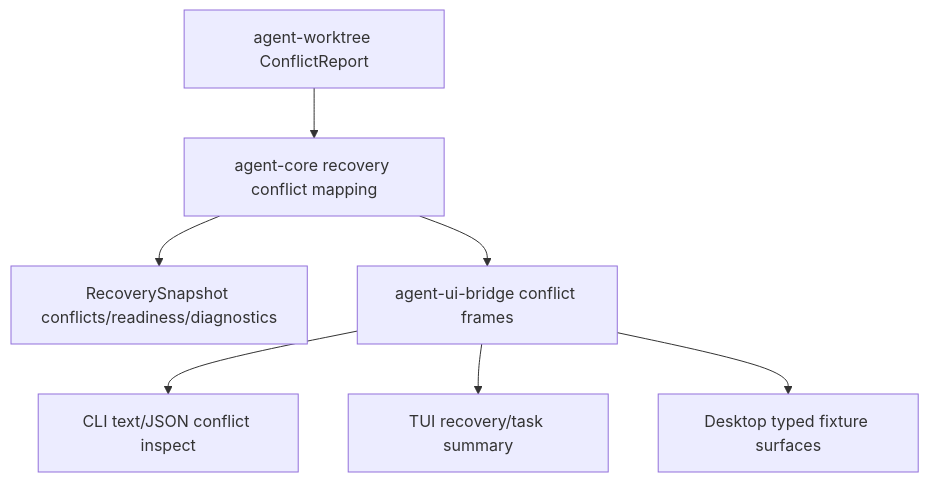
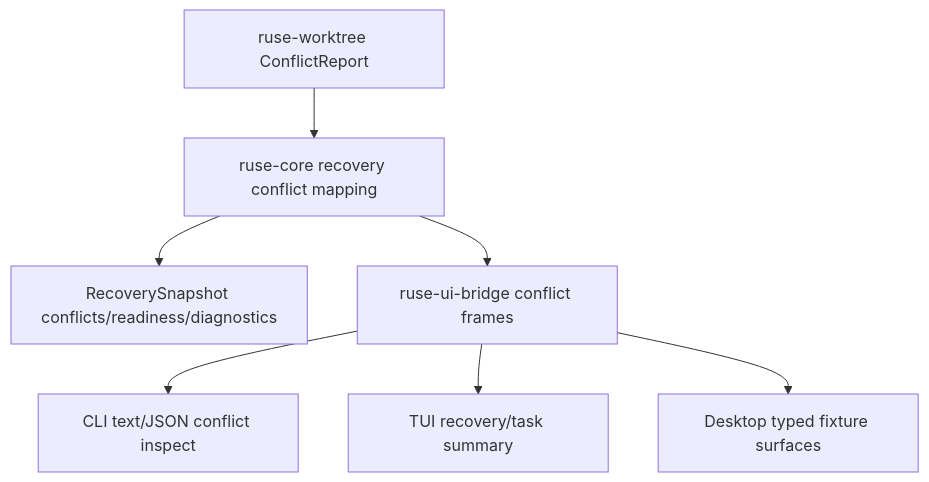
Before and after one commit to poneding/agent: the diagram in docs/specs/M62-04-conflict-diagnostics.spec.md, drawn with Mermaid. The commit also changed other lines of this file and 2091 other files, not shown here.

First line of the commit message:
refactor: rename agent branding to ruse

````diff
--- a/docs/specs/M62-04-conflict-diagnostics.spec.md
+++ b/docs/specs/M62-04-conflict-diagnostics.spec.md
@@ -37,9 +37,9 @@
 ```mermaid
 flowchart TD
-  Worktree["agent-worktree ConflictReport"] --> Core["agent-core recovery conflict mapping"]
+  Worktree["ruse-worktree ConflictReport"] --> Core["ruse-core recovery conflict mapping"]
   Core --> Recovery["RecoverySnapshot conflicts/readiness/diagnostics"]
-  Core --> Bridge["agent-ui-bridge conflict frames"]
+  Core --> Bridge["ruse-ui-bridge conflict frames"]
   Bridge --> CLI["CLI text/JSON conflict inspect"]
   Bridge --> TUI["TUI recovery/task summary"]
   Bridge --> Desktop["Desktop typed fixture surfaces"]
 ```
````
